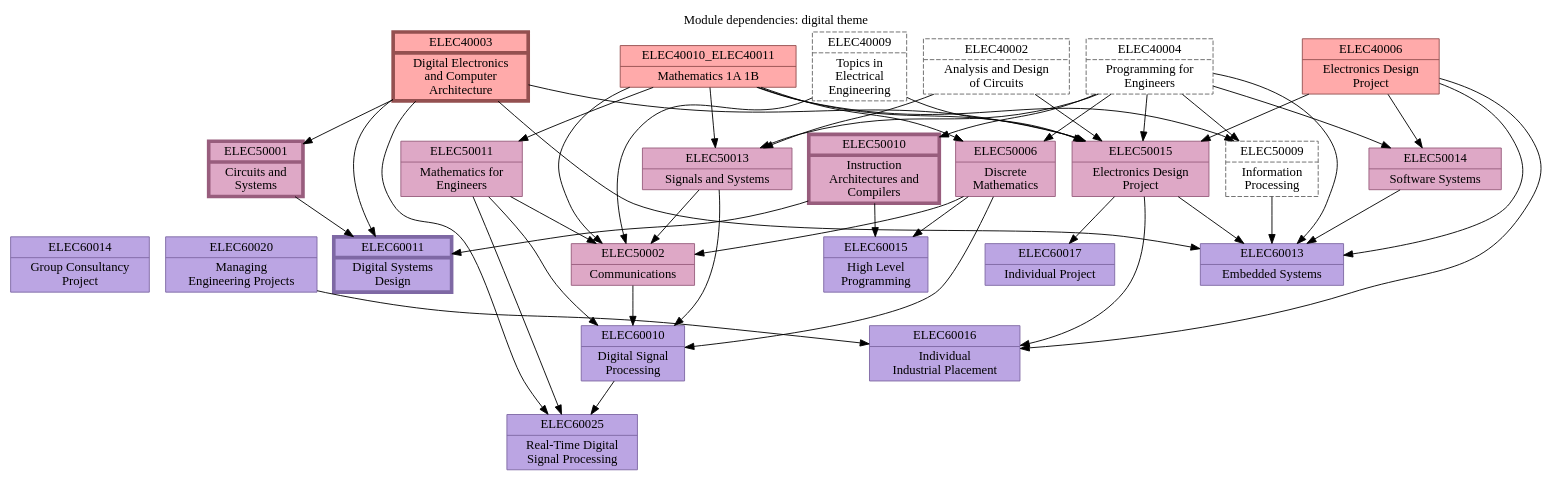
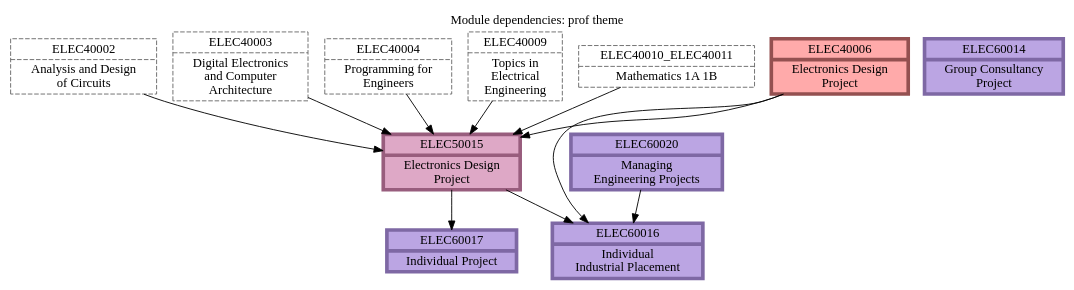
Before and after one commit to johnwickerson/ee_modules: the diagram in modules.dot, drawn with Graphviz. The commit also changed 17 other files, not shown here.

```diff
--- a/modules.dot
+++ b/modules.dot
@@ -1,137 +1,74 @@
 // This is an auto-generated file. Don't edit this file; edit `modules.yml` instead.
 
 digraph G {
   graph[root="root"];
   node[shape="record", style="filled"];
 
   node[color="#945050", fillcolor="#ffaaaa", penwidth=4, style="filled"];
 
-  ELEC40003 [label="{ELEC40003 | Digital Electronics\nand Computer\nArchitecture}"];
+  ELEC40006 [label="{ELEC40006 | Electronics Design\nProject}"];
 
 
   node[penwidth=1];
 
-  ELEC40006 [label="{ELEC40006 | Electronics Design\nProject}"];
+
+  node[color="#666666", fillcolor="#dddddd", style="dashed"];
+
+  ELEC40002 [label="{ELEC40002 | Analysis and Design\nof Circuits}"];
+
+  ELEC40003 [label="{ELEC40003 | Digital Electronics\nand Computer\nArchitecture}"];
+
+  ELEC40004 [label="{ELEC40004 | Programming for\nEngineers}"];
+
+  ELEC40009 [label="{ELEC40009 | Topics in\nElectrical\nEngineering}"];
 
   ELEC40010_ELEC40011 [label="{ELEC40010_ELEC40011 | Mathematics 1A 1B}"];
 
-
-  node[color="#666666", fillcolor="#dddddd", style="dashed"];
-
-  ELEC40009 [label="{ELEC40009 | Topics in\nElectrical\nEngineering}"];
-
-  ELEC40002 [label="{ELEC40002 | Analysis and Design\nof Circuits}"];
-
-  ELEC40004 [label="{ELEC40004 | Programming for\nEngineers}"];
-
   node[color="#985d7d", fillcolor="#dea8c6", penwidth=4, style="filled"];
-
-  ELEC50001 [label="{ELEC50001 | Circuits and\nSystems}"];
-  ELEC40003 -> ELEC50001;
-
-  ELEC50010 [label="{ELEC50010 | Instruction\nArchitectures and\nCompilers}"];
-  ELEC40004 -> ELEC50010;
-
-
-  node[penwidth=1];
-
-  ELEC50014 [label="{ELEC50014 | Software Systems}"];
-  ELEC40004 -> ELEC50014;
-  ELEC40006 -> ELEC50014;
 
   ELEC50015 [label="{ELEC50015 | Electronics Design\nProject}"];
   ELEC40002 -> ELEC50015;
   ELEC40003 -> ELEC50015;
   ELEC40004 -> ELEC50015;
   ELEC40006 -> ELEC50015;
   ELEC40009 -> ELEC50015;
   ELEC40010_ELEC40011 -> ELEC50015;
 
-  ELEC50002 [label="{ELEC50002 | Communications}"];
-  ELEC40009 -> ELEC50002;
-  ELEC40010_ELEC40011 -> ELEC50002;
-  ELEC50006 -> ELEC50002;
-  ELEC50011 -> ELEC50002;
-  ELEC50013 -> ELEC50002;
 
-  ELEC50006 [label="{ELEC50006 | Discrete\nMathematics}"];
-  ELEC40004 -> ELEC50006;
-  ELEC40010_ELEC40011 -> ELEC50006;
-
-  ELEC50011 [label="{ELEC50011 | Mathematics for\nEngineers}"];
-  ELEC40010_ELEC40011 -> ELEC50011;
+  node[penwidth=1];
 
 
   node[color="#666666", fillcolor="#dddddd", style="dashed"];
 
-  ELEC50009 [label="{ELEC50009 | Information\nProcessing}"];
-  ELEC40004 -> ELEC50009;
-  ELEC40010_ELEC40011 -> ELEC50009;
-
-  ELEC50013 [label="{ELEC50013 | Signals and Systems}"];
-  ELEC40002 -> ELEC50013;
-  ELEC40004 -> ELEC50013;
-  ELEC40010_ELEC40011 -> ELEC50013;
-
   node[color="#7e68a4", fillcolor="#bba5e3", penwidth=4, style="filled"];
 
-  ELEC60011 [label="{ELEC60011 | Digital Systems\nDesign}"];
-  ELEC40003 -> ELEC60011 [weight=0];
-  ELEC50001 -> ELEC60011;
-  ELEC50010 -> ELEC60011;
-
-
-  node[penwidth=1];
-
-  ELEC60013 [label="{ELEC60013 | Embedded Systems}"];
-  ELEC40003 -> ELEC60013 [weight=0];
-  ELEC40004 -> ELEC60013 [weight=0];
-  ELEC40006 -> ELEC60013 [weight=0];
-  ELEC50014 -> ELEC60013;
-  ELEC50009 -> ELEC60013;
-  ELEC50015 -> ELEC60013;
-
   ELEC60014 [label="{ELEC60014 | Group Consultancy\nProject}"];
-  ELEC50001 -> ELEC60014 [style=invis];
-
-  ELEC60015 [label="{ELEC60015 | High Level\nProgramming}"];
-  ELEC50010 -> ELEC60015;
-  ELEC50006 -> ELEC60015;
 
   ELEC60016 [label="{ELEC60016 | Individual\nIndustrial Placement}"];
   ELEC40006 -> ELEC60016 [weight=0];
   ELEC50015 -> ELEC60016;
   ELEC60020 -> ELEC60016;
 
   ELEC60017 [label="{ELEC60017 | Individual Project}"];
   ELEC50015 -> ELEC60017;
 
-  ELEC60025 [label="{ELEC60025 | Real-Time Digital\nSignal Processing}"];
-  ELEC40003 -> ELEC60025 [weight=0];
-  ELEC50011 -> ELEC60025;
-  ELEC60010 -> ELEC60025;
+
+  node[penwidth=1];
 
 
   node[color="#666666", fillcolor="#dddddd", style="dashed"];
 
   ELEC60020 [label="{ELEC60020 | Managing\nEngineering Projects}"];
-  ELEC50001 -> ELEC60020 [style=invis];
-
-  ELEC60010 [label="{ELEC60010 | Digital Signal\nProcessing}"];
-  ELEC50006 -> ELEC60010;
-  ELEC50011 -> ELEC60010;
-  ELEC50013 -> ELEC60010;
-  ELEC50002 -> ELEC60010;
 
   node[color="#4d5395", fillcolor="#9aa3ff", penwidth=4, style="filled"];
 
 
   node[penwidth=1];
 
 
   node[color="#666666", fillcolor="#dddddd", style="dashed"];
 
   // title
   labelloc="t";
-  label="Module dependencies: digital theme";
+  label="Module dependencies: prof theme";
 }
```
